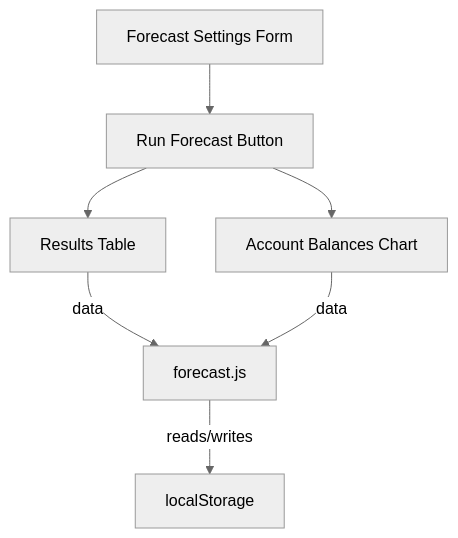
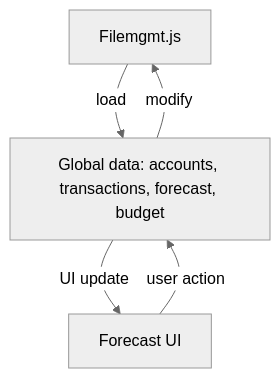
One commit to BicycleJeanre/ftrack changed the diagram in Documentation/forecast.md. Above: the diagram before and after it, drawn with Mermaid (neutral theme). The commit also changed other lines of this file and 14 other files, not shown here.

First line of the commit message:
docs: update and clean documentation for unified file-based data storage

````diff
--- a/Documentation/forecast.md
+++ b/Documentation/forecast.md
@@ -21,8 +19,7 @@
 ```mermaid
 flowchart TD
-  Settings[Forecast Settings Form] --> RunBtn[Run Forecast Button]
-  RunBtn --> Results[Results Table]
-  RunBtn --> Chart[Account Balances Chart]
-  Results & Chart -->|data| forecast.js
-  forecast.js -->|reads/writes| localStorage
+  Filemgmt[Filemgmt.js] -->|load| AppData[Global data: accounts, transactions, forecast, budget]
+  AppData -->|modify| Filemgmt
+  AppData -->|UI update| ForecastPage[Forecast UI]
+  ForecastPage -->|user action| AppData
 ```
````
